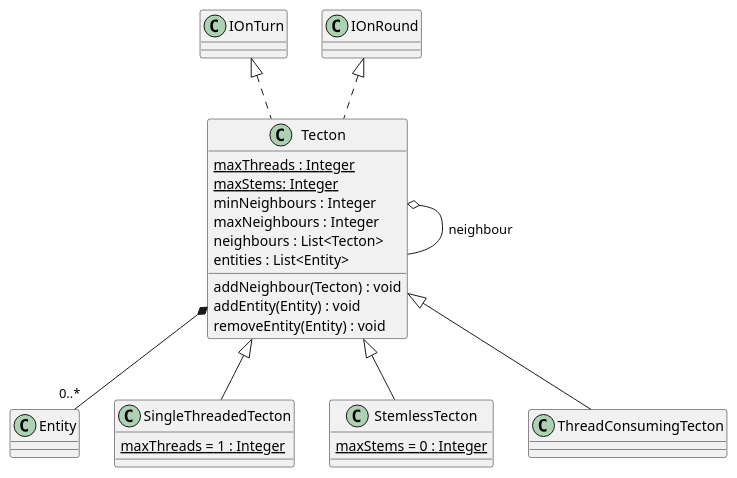
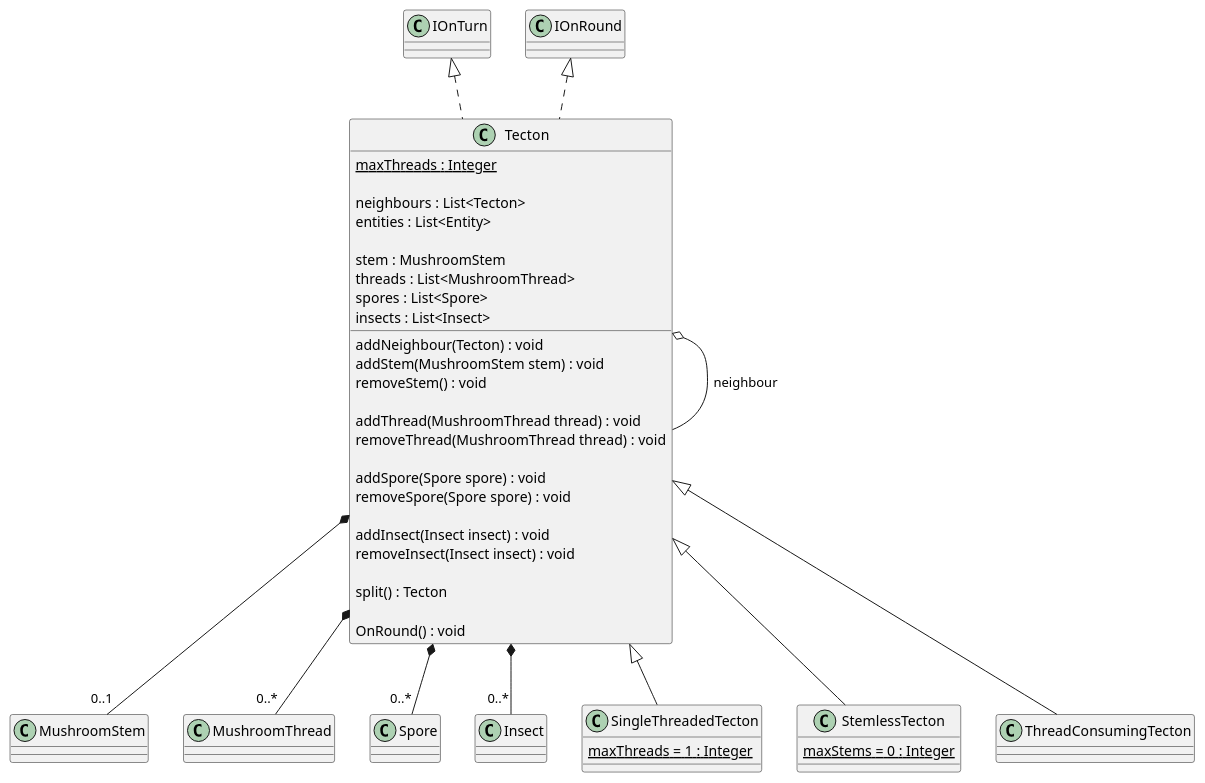
The diagram in 3/classes/tecton.puml (Petya-G/fungorium), drawn with PlantUML before and after one commit. The commit also changed 8 other files, not shown here.

```diff
--- a/3/classes/tecton.puml
+++ b/3/classes/tecton.puml
@@ -1,41 +1,59 @@
 @startuml tecton
   IOnTurn <|.. Tecton 
   IOnRound <|.. Tecton 
   Tecton  o-- Tecton : neighbour
-  Tecton *-- "0..*" Entity
+  'Tecton *-- "0..*" Entity
   class Tecton {
     {static} maxThreads : Integer
-    {static} maxStems: Integer
-    minNeighbours : Integer
-    maxNeighbours : Integer
+    
     neighbours : List<Tecton>
     entities : List<Entity>
 
+    stem : MushroomStem
+    threads : List<MushroomThread>
+    spores : List<Spore>
+    insects : List<Insect>  
+
     addNeighbour(Tecton) : void
-    addEntity(Entity) : void
-    removeEntity(Entity) : void
+    addStem(MushroomStem stem) : void
+    removeStem() : void
+
+    addThread(MushroomThread thread) : void
+    removeThread(MushroomThread thread) : void
+
+    addSpore(Spore spore) : void
+    removeSpore(Spore spore) : void
+
+    addInsect(Insect insect) : void
+    removeInsect(Insect insect) : void
+
+    split() : Tecton
+
+    OnRound() : void
   }
 
-  'Tecton *-- "0..1" MushroomStem 
-  'Tecton *-- "0..*" MushroomThread
+  Tecton *-- "0..1" MushroomStem 
+  Tecton *-- "0..*" MushroomThread
   
+  Tecton *-- "0..*" Spore
+  Tecton *-- "0..*" Insect
   'SingleThreadedTecton *-- "0..1" MushroomStem
   'SingleThreadedTecton "2" *-- "0..1" MushroomThread
   Tecton <|-- SingleThreadedTecton
   class SingleThreadedTecton {
     {static} maxThreads = 1 : Integer
   }
 
 
   'BodylessTecton "2" *-- "0..*" MushroomThread
   Tecton <|-- StemlessTecton
   class StemlessTecton {
     {static} maxStems = 0 : Integer
   }
 
   ' ThreadConsumingTecton *-- "0..1" MushroomStem
   'ThreadConsumingTecton "2" *-- "0..*" MushroomThread
   Tecton <|-- ThreadConsumingTecton
   class ThreadConsumingTecton {
   }
 @enduml
```
